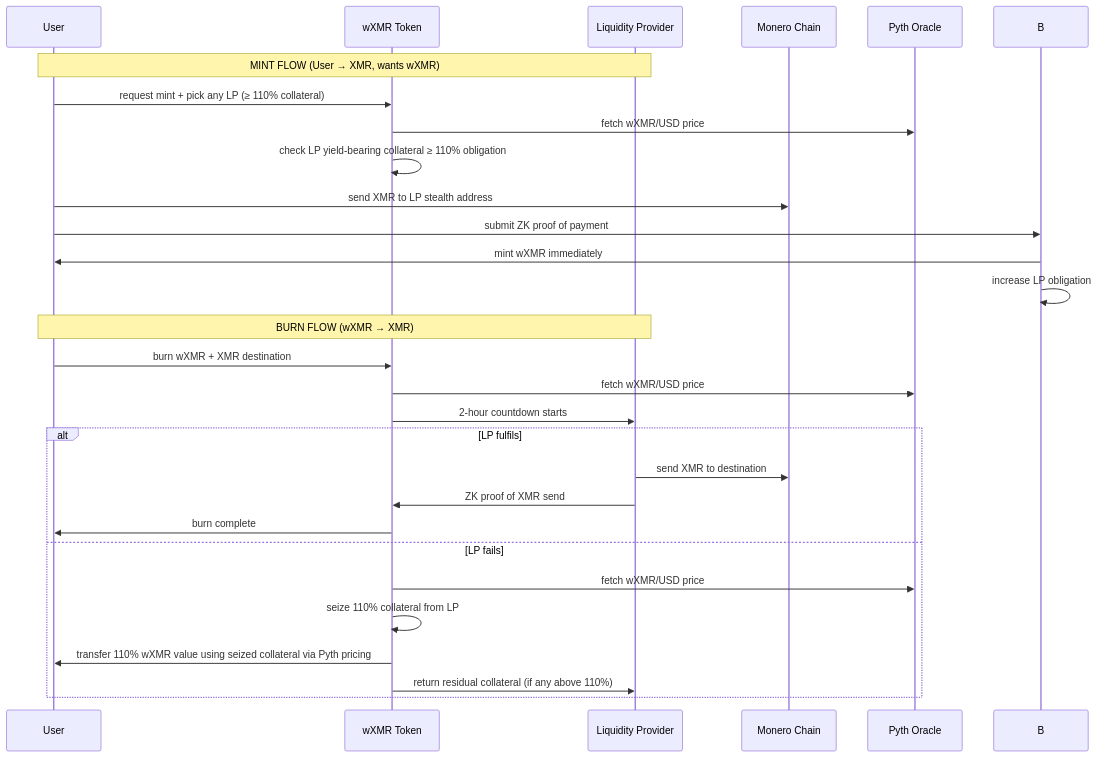
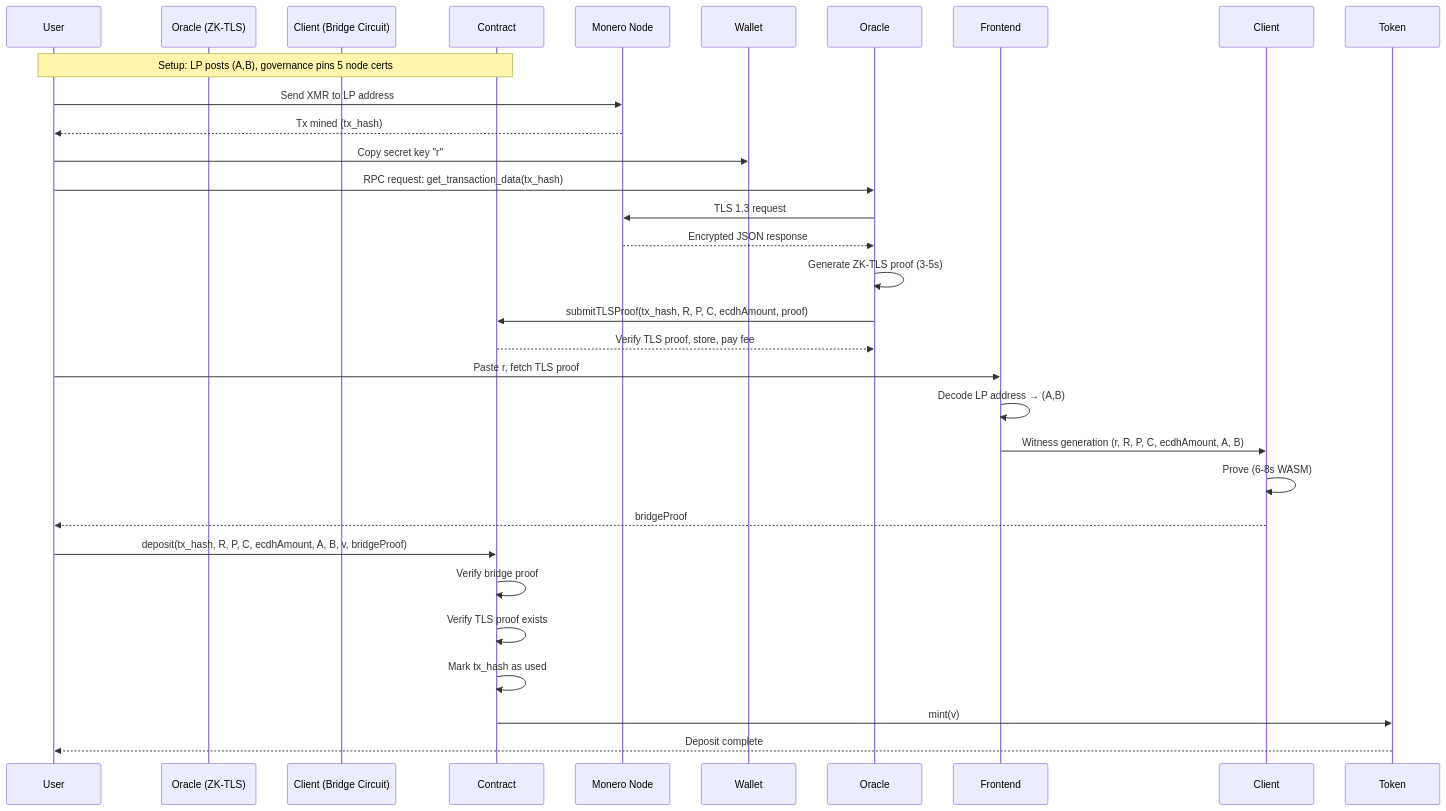
Before and after one commit to madschristensen99/fungerbil: the diagram in SYNTHWRAP.md, drawn with Mermaid. The commit also changed other lines of this file, not shown here.

````diff
--- a/SYNTHWRAP.md
+++ b/SYNTHWRAP.md
@@ -61,32 +427,34 @@
 ```mermaid
 sequenceDiagram
-  participant U as User
-  participant W as wXMR Token
-  participant L as Liquidity Provider  
-  participant X as Monero Chain
-  participant P as Pyth Oracle
+    participant User
+    participant Oracle (ZK-TLS)
+    participant Client (Bridge Circuit)
+    participant Contract
+    participant Monero Node
 
-  Note over U,L: MINT FLOW (User → XMR, wants wXMR)
-  U->>W: request mint + pick any LP (≥ 110% collateral)
-  W->>P: fetch wXMR/USD price  
-  W->>W: check LP yield-bearing collateral ≥ 110% obligation
-  U->>X: send XMR to LP stealth address
-  U->>B: submit ZK proof of payment
-  B->>U: mint wXMR immediately
-  B->>B: increase LP obligation
-
-  Note over U,L: BURN FLOW (wXMR → XMR)
-  U->>W: burn wXMR + XMR destination
-  W->>P: fetch wXMR/USD price
-  W->>L: 2-hour countdown starts
-  alt LP fulfils
-    L->>X: send XMR to destination
-    L->>W: ZK proof of XMR send
-    W->>U: burn complete
-  else LP fails
-    W->>P: fetch wXMR/USD price
-    W->>W: seize 110% collateral from LP
-    W->>U: transfer 110% wXMR value using seized collateral via Pyth pricing
-    W->>L: return residual collateral (if any above 110%)
-  end
+    Note over User,Contract: Setup: LP posts (A,B), governance pins 5 node certs
+    
+    User->>Monero Node: Send XMR to LP address
+    Monero Node-->>User: Tx mined (tx_hash)
+    User->>Wallet: Copy secret key "r"
+    
+    User->>Oracle: RPC request: get_transaction_data(tx_hash)
+    Oracle->>Monero Node: TLS 1.3 request
+    Monero Node-->>Oracle: Encrypted JSON response
+    Oracle->>Oracle: Generate ZK-TLS proof (3-5s)
+    Oracle->>Contract: submitTLSProof(tx_hash, R, P, C, ecdhAmount, proof)
+    Contract-->>Oracle: Verify TLS proof, store, pay fee
+    
+    User->>Frontend: Paste r, fetch TLS proof
+    Frontend->>Frontend: Decode LP address → (A,B)
+    Frontend->>Client: Witness generation (r, R, P, C, ecdhAmount, A, B)
+    Client->>Client: Prove (6-8s WASM)
+    Client-->>User: bridgeProof
+    
+    User->>Contract: deposit(tx_hash, R, P, C, ecdhAmount, A, B, v, bridgeProof)
+    Contract->>Contract: Verify bridge proof
+    Contract->>Contract: Verify TLS proof exists
+    Contract->>Contract: Mark tx_hash as used
+    Contract->>Token: mint(v)
+    Token-->>User: Deposit complete
 ```
````
